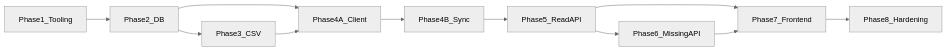
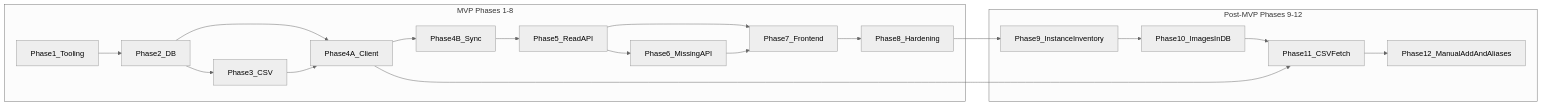
Before and after one commit to mostafavi12/lego-collection-manager: the diagram in docs/development-plan.md, drawn with Mermaid (neutral theme). The commit also changed other lines of this file and 6 other files, not shown here.

````diff
--- a/docs/development-plan.md
+++ b/docs/development-plan.md
@@ -153,22 +246,35 @@
 ```mermaid
 flowchart LR
-  phase1[Phase1_Tooling]
-  phase2[Phase2_DB]
-  phase3[Phase3_CSV]
-  phase4a[Phase4A_Client]
-  phase4b[Phase4B_Sync]
-  phase5[Phase5_ReadAPI]
-  phase6[Phase6_MissingAPI]
-  phase7[Phase7_Frontend]
-  phase8[Phase8_Hardening]
-  phase1 --> phase2
-  phase2 --> phase3
-  phase2 --> phase4a
-  phase3 --> phase4a
-  phase4a --> phase4b
-  phase4b --> phase5
-  phase5 --> phase6
-  phase5 --> phase7
-  phase6 --> phase7
-  phase7 --> phase8
+  subgraph mvp [MVP Phases 1-8]
+    phase1[Phase1_Tooling]
+    phase2[Phase2_DB]
+    phase3[Phase3_CSV]
+    phase4a[Phase4A_Client]
+    phase4b[Phase4B_Sync]
+    phase5[Phase5_ReadAPI]
+    phase6[Phase6_MissingAPI]
+    phase7[Phase7_Frontend]
+    phase8[Phase8_Hardening]
+    phase1 --> phase2
+    phase2 --> phase3
+    phase2 --> phase4a
+    phase3 --> phase4a
+    phase4a --> phase4b
+    phase4b --> phase5
+    phase5 --> phase6
+    phase5 --> phase7
+    phase6 --> phase7
+    phase7 --> phase8
+  end
+  subgraph post [Post-MVP Phases 9-12]
+    phase9[Phase9_InstanceInventory]
+    phase10[Phase10_ImagesInDB]
+    phase11[Phase11_CSVFetch]
+    phase12[Phase12_ManualAddAndAliases]
+    phase9 --> phase10
+    phase10 --> phase11
+    phase11 --> phase12
+  end
+  phase8 --> phase9
+  phase4a --> phase11
 ```
````
